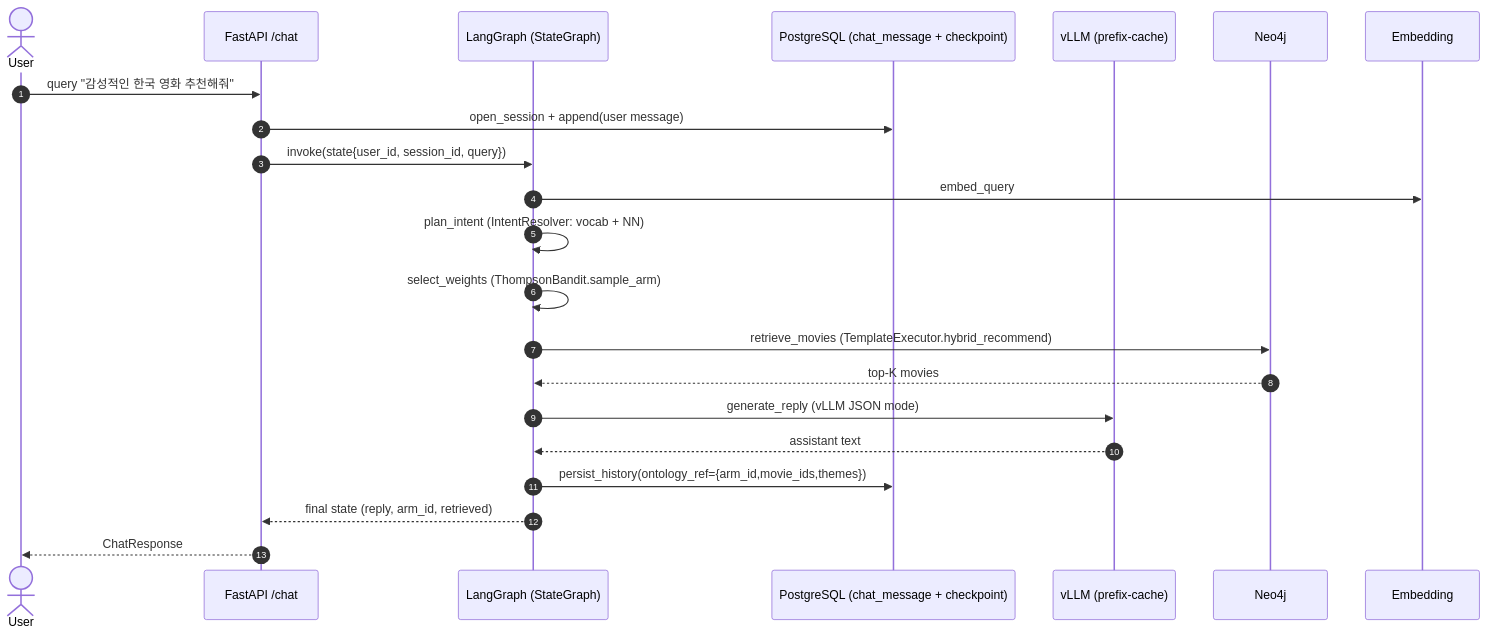
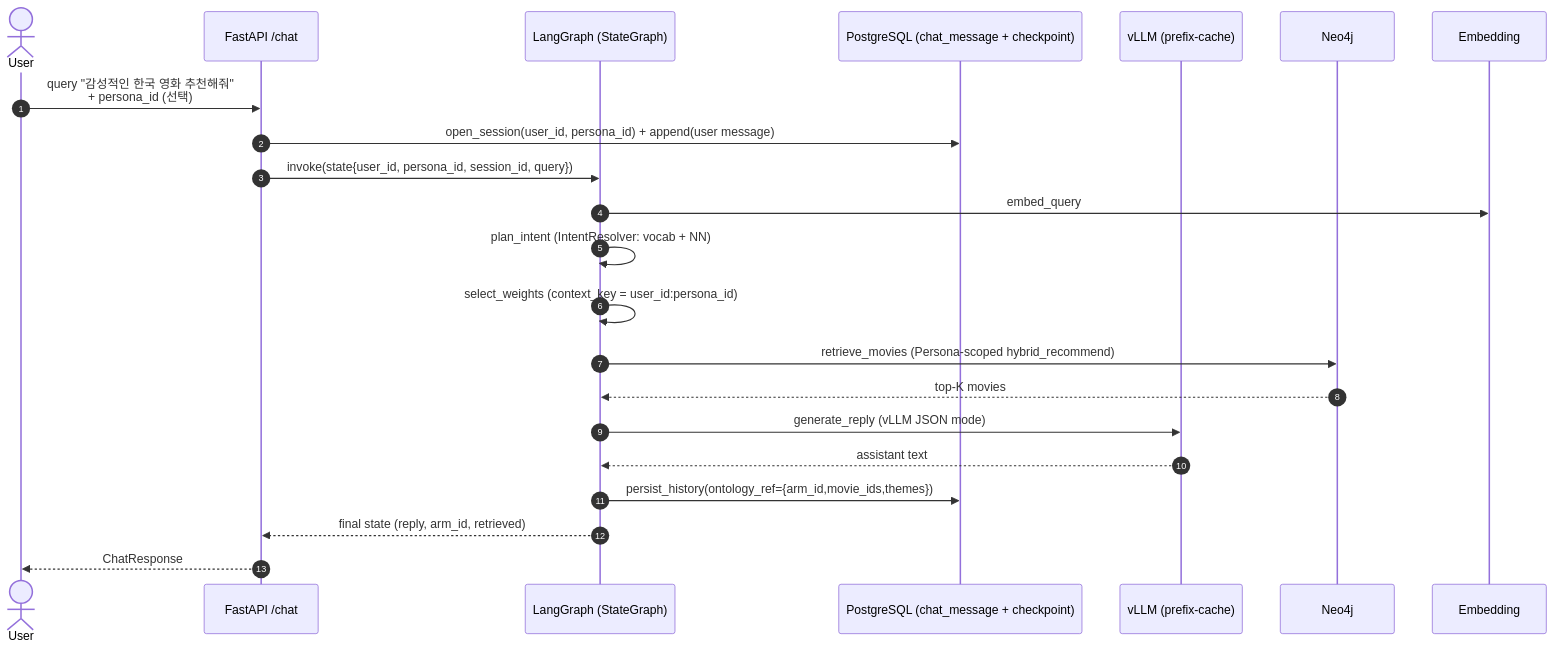
One commit to kakao4-KAKAMU/KAKAMU_DE changed the third of 5 diagrams in docs/architecture.md. Above: the diagram before and after it, drawn with Mermaid. The commit also changed other lines of this file and 9 other files, not shown here.

````diff
--- a/docs/architecture.md
+++ b/docs/architecture.md
@@ -127,28 +127,28 @@
 ```mermaid
 sequenceDiagram
     autonumber
     actor U as User
     participant API as FastAPI /chat
     participant LG as LangGraph (StateGraph)
     participant PG as PostgreSQL (chat_message + checkpoint)
     participant VL as vLLM (prefix-cache)
     participant NEO as Neo4j
     participant EMB as Embedding
 
-    U->>API: query "감성적인 한국 영화 추천해줘"
-    API->>PG: open_session + append(user message)
-    API->>LG: invoke(state{user_id, session_id, query})
+    U->>API: query "감성적인 한국 영화 추천해줘"<br/>+ persona_id (선택)
+    API->>PG: open_session(user_id, persona_id) + append(user message)
+    API->>LG: invoke(state{user_id, persona_id, session_id, query})
 
     LG->>EMB: embed_query
     LG->>LG: plan_intent (IntentResolver: vocab + NN)
-    LG->>LG: select_weights (ThompsonBandit.sample_arm)
-    LG->>NEO: retrieve_movies (TemplateExecutor.hybrid_recommend)
+    LG->>LG: select_weights (context_key = user_id:persona_id)
+    LG->>NEO: retrieve_movies (Persona-scoped hybrid_recommend)
     NEO-->>LG: top-K movies
 
     LG->>VL: generate_reply (vLLM JSON mode)
     VL-->>LG: assistant text
 
     LG->>PG: persist_history(ontology_ref={arm_id,movie_ids,themes})
     LG-->>API: final state (reply, arm_id, retrieved)
     API-->>U: ChatResponse
 ```
````
